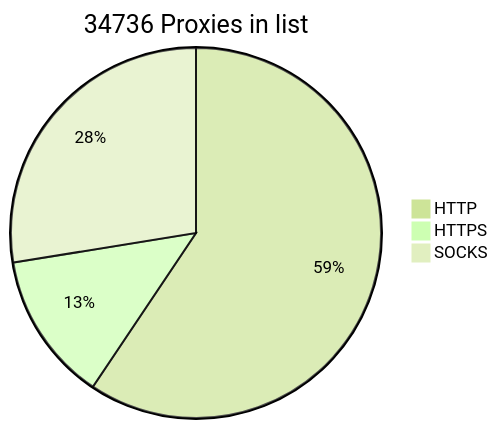
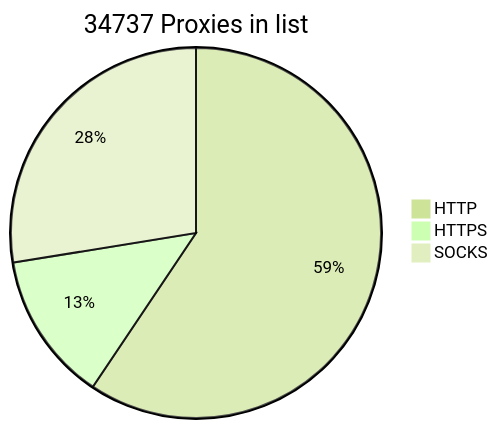
Before and after one commit to BlackSnowDot/proxylist-update-every-minute: the diagram in README.md, drawn with Mermaid (forest theme).

````diff
--- a/README.md
+++ b/README.md
@@ -2,6 +2,6 @@
 ```mermaid
-pie title 34736 Proxies in list
-    "HTTP" : 22888
+pie title 34737 Proxies in list
+    "HTTP" : 22889
     "HTTPS": 5027
     "SOCKS" : 10618
 ```
````
